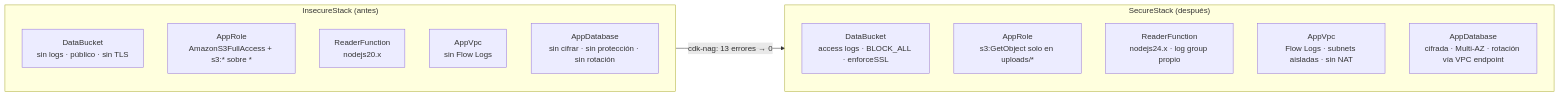
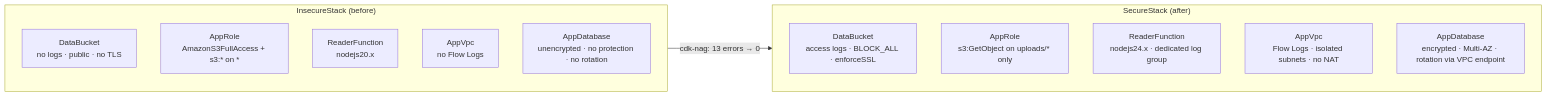
One commit to EduardoTayupanta/aws-cdk-nag-security-tutorial changed the diagram in README.md. Above: the diagram before and after it, drawn with Mermaid. The commit also changed other lines of this file and 9 other files, not shown here.

````diff
--- a/README.md
+++ b/README.md
@@ -59,20 +59,20 @@
 ```mermaid
 flowchart LR
-    subgraph antes["InsecureStack (antes)"]
+    subgraph before["InsecureStack (before)"]
         direction TB
-        a1["DataBucket<br/>sin logs · público · sin TLS"]
-        a2["AppRole<br/>AmazonS3FullAccess + s3:* sobre *"]
+        a1["DataBucket<br/>no logs · public · no TLS"]
+        a2["AppRole<br/>AmazonS3FullAccess + s3:* on *"]
         a3["ReaderFunction<br/>nodejs20.x"]
-        a4["AppVpc<br/>sin Flow Logs"]
-        a5["AppDatabase<br/>sin cifrar · sin protección · sin rotación"]
+        a4["AppVpc<br/>no Flow Logs"]
+        a5["AppDatabase<br/>unencrypted · no protection · no rotation"]
     end
-    subgraph despues["SecureStack (después)"]
+    subgraph after["SecureStack (after)"]
         direction TB
         b1["DataBucket<br/>access logs · BLOCK_ALL · enforceSSL"]
-        b2["AppRole<br/>s3:GetObject solo en uploads/*"]
-        b3["ReaderFunction<br/>nodejs24.x · log group propio"]
-        b4["AppVpc<br/>Flow Logs · subnets aisladas · sin NAT"]
-        b5["AppDatabase<br/>cifrada · Multi-AZ · rotación vía VPC endpoint"]
+        b2["AppRole<br/>s3:GetObject on uploads/* only"]
+        b3["ReaderFunction<br/>nodejs24.x · dedicated log group"]
+        b4["AppVpc<br/>Flow Logs · isolated subnets · no NAT"]
+        b5["AppDatabase<br/>encrypted · Multi-AZ · rotation via VPC endpoint"]
     end
-    antes -- "cdk-nag: 13 errores → 0" --> despues
+    before -- "cdk-nag: 13 errors → 0" --> after
 ```
````
